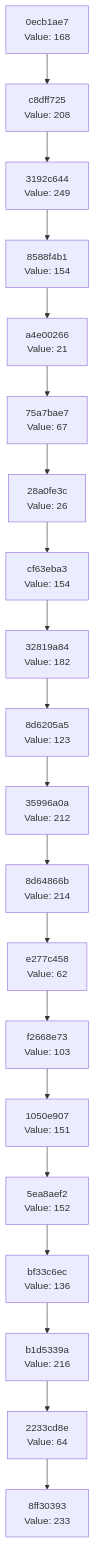
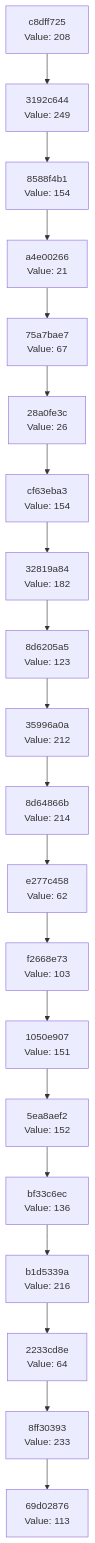
Before and after one commit to Abhisheksinha1506/hash-chain-evolver: the diagram in docs/CHAIN_VISUALIZATION.md, drawn with Mermaid. The commit also changed 1 other file, not shown here.

Commit message:
Evolution Step

````diff
--- a/docs/CHAIN_VISUALIZATION.md
+++ b/docs/CHAIN_VISUALIZATION.md
@@ -3,42 +3,42 @@
 ```mermaid
 graph TD
-    C0["8ff30393<br/>Value: 233"]
-    C1["2233cd8e<br/>Value: 64"]
+    C0["69d02876<br/>Value: 113"]
+    C1["8ff30393<br/>Value: 233"]
     C1 --> C0
-    C2["b1d5339a<br/>Value: 216"]
+    C2["2233cd8e<br/>Value: 64"]
     C2 --> C1
-    C3["bf33c6ec<br/>Value: 136"]
+    C3["b1d5339a<br/>Value: 216"]
     C3 --> C2
-    C4["5ea8aef2<br/>Value: 152"]
+    C4["bf33c6ec<br/>Value: 136"]
     C4 --> C3
-    C5["1050e907<br/>Value: 151"]
+    C5["5ea8aef2<br/>Value: 152"]
     C5 --> C4
-    C6["f2668e73<br/>Value: 103"]
+    C6["1050e907<br/>Value: 151"]
     C6 --> C5
-    C7["e277c458<br/>Value: 62"]
+    C7["f2668e73<br/>Value: 103"]
     C7 --> C6
-    C8["8d64866b<br/>Value: 214"]
+    C8["e277c458<br/>Value: 62"]
     C8 --> C7
-    C9["35996a0a<br/>Value: 212"]
+    C9["8d64866b<br/>Value: 214"]
     C9 --> C8
-    C10["8d6205a5<br/>Value: 123"]
+    C10["35996a0a<br/>Value: 212"]
     C10 --> C9
-    C11["32819a84<br/>Value: 182"]
+    C11["8d6205a5<br/>Value: 123"]
     C11 --> C10
-    C12["cf63eba3<br/>Value: 154"]
+    C12["32819a84<br/>Value: 182"]
     C12 --> C11
-    C13["28a0fe3c<br/>Value: 26"]
+    C13["cf63eba3<br/>Value: 154"]
     C13 --> C12
-    C14["75a7bae7<br/>Value: 67"]
+    C14["28a0fe3c<br/>Value: 26"]
     C14 --> C13
-    C15["a4e00266<br/>Value: 21"]
+    C15["75a7bae7<br/>Value: 67"]
     C15 --> C14
-    C16["8588f4b1<br/>Value: 154"]
+    C16["a4e00266<br/>Value: 21"]
     C16 --> C15
-    C17["3192c644<br/>Value: 249"]
+    C17["8588f4b1<br/>Value: 154"]
     C17 --> C16
-    C18["c8dff725<br/>Value: 208"]
+    C18["3192c644<br/>Value: 249"]
     C18 --> C17
-    C19["0ecb1ae7<br/>Value: 168"]
+    C19["c8dff725<br/>Value: 208"]
     C19 --> C18
 ```
````
